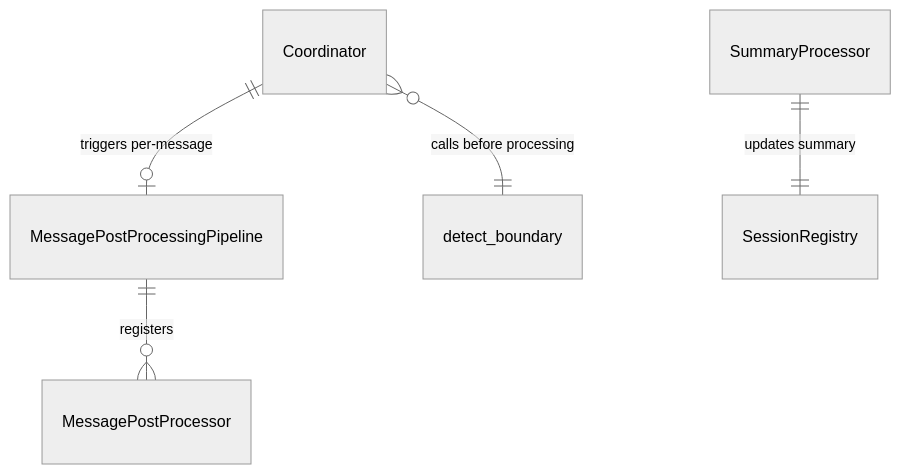
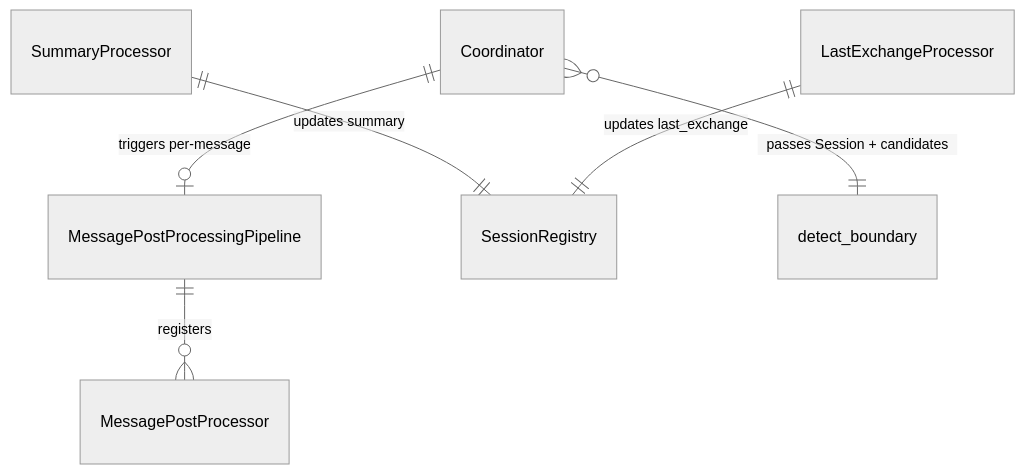
Before and after one commit to asermax/tachikoma: the diagram in docs/feature-designs/agent/boundary-detection.md, drawn with Mermaid (neutral theme). The commit also changed other lines of this file and 3 other files, not shown here.

First line of the commit message:
docs(sessions): add last_exchange field and processor to session and boundary detection docs

````diff
--- a/docs/feature-designs/agent/boundary-detection.md
+++ b/docs/feature-designs/agent/boundary-detection.md
@@ -130,7 +138,8 @@
 ```mermaid
 erDiagram
     Coordinator ||--o| MessagePostProcessingPipeline : "triggers per-message"
     MessagePostProcessingPipeline ||--o{ MessagePostProcessor : "registers"
     SummaryProcessor ||--|| SessionRegistry : "updates summary"
-    Coordinator }o--|| detect_boundary : "calls before processing"
+    LastExchangeProcessor ||--|| SessionRegistry : "updates last_exchange"
+    Coordinator }o--|| detect_boundary : "passes Session + candidates"
 ```
````
